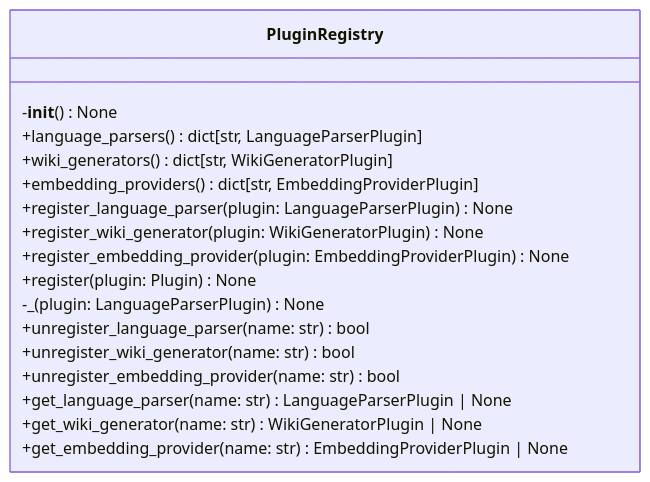
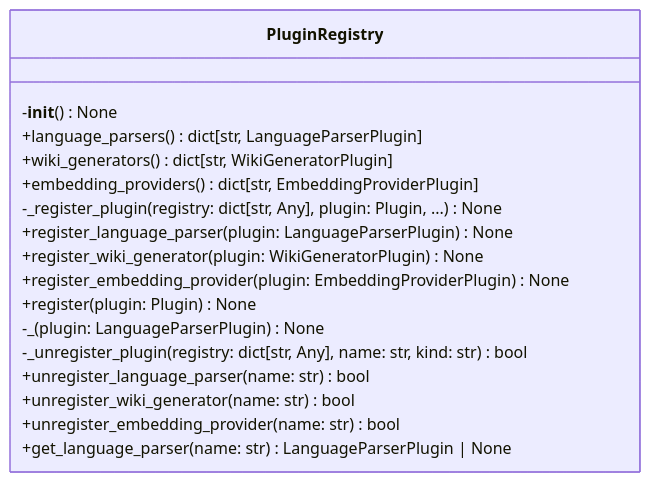
One commit to UrbanDiver/local-deepwiki-mcp changed the first of 2 diagrams in .deepwiki/files/src/local_deepwiki/plugins/registry.md. Above: the diagram before and after it, drawn with Mermaid. The commit also changed other lines of this file and 225 other files, not shown here.

````diff
--- a/.deepwiki/files/src/local_deepwiki/plugins/registry.md
+++ b/.deepwiki/files/src/local_deepwiki/plugins/registry.md
@@ -876,20 +802,20 @@
 ```mermaid
 classDiagram
     class PluginRegistry {
         -__init__() None
         +language_parsers() dict[str, LanguageParserPlugin]
         +wiki_generators() dict[str, WikiGeneratorPlugin]
         +embedding_providers() dict[str, EmbeddingProviderPlugin]
+        -_register_plugin(registry: dict[str, Any], plugin: Plugin, ...) None
         +register_language_parser(plugin: LanguageParserPlugin) None
         +register_wiki_generator(plugin: WikiGeneratorPlugin) None
         +register_embedding_provider(plugin: EmbeddingProviderPlugin) None
         +register(plugin: Plugin) None
         -_(plugin: LanguageParserPlugin) None
+        -_unregister_plugin(registry: dict[str, Any], name: str, kind: str) bool
         +unregister_language_parser(name: str) bool
         +unregister_wiki_generator(name: str) bool
         +unregister_embedding_provider(name: str) bool
         +get_language_parser(name: str) LanguageParserPlugin | None
-        +get_wiki_generator(name: str) WikiGeneratorPlugin | None
-        +get_embedding_provider(name: str) EmbeddingProviderPlugin | None
     }
 ```
````
